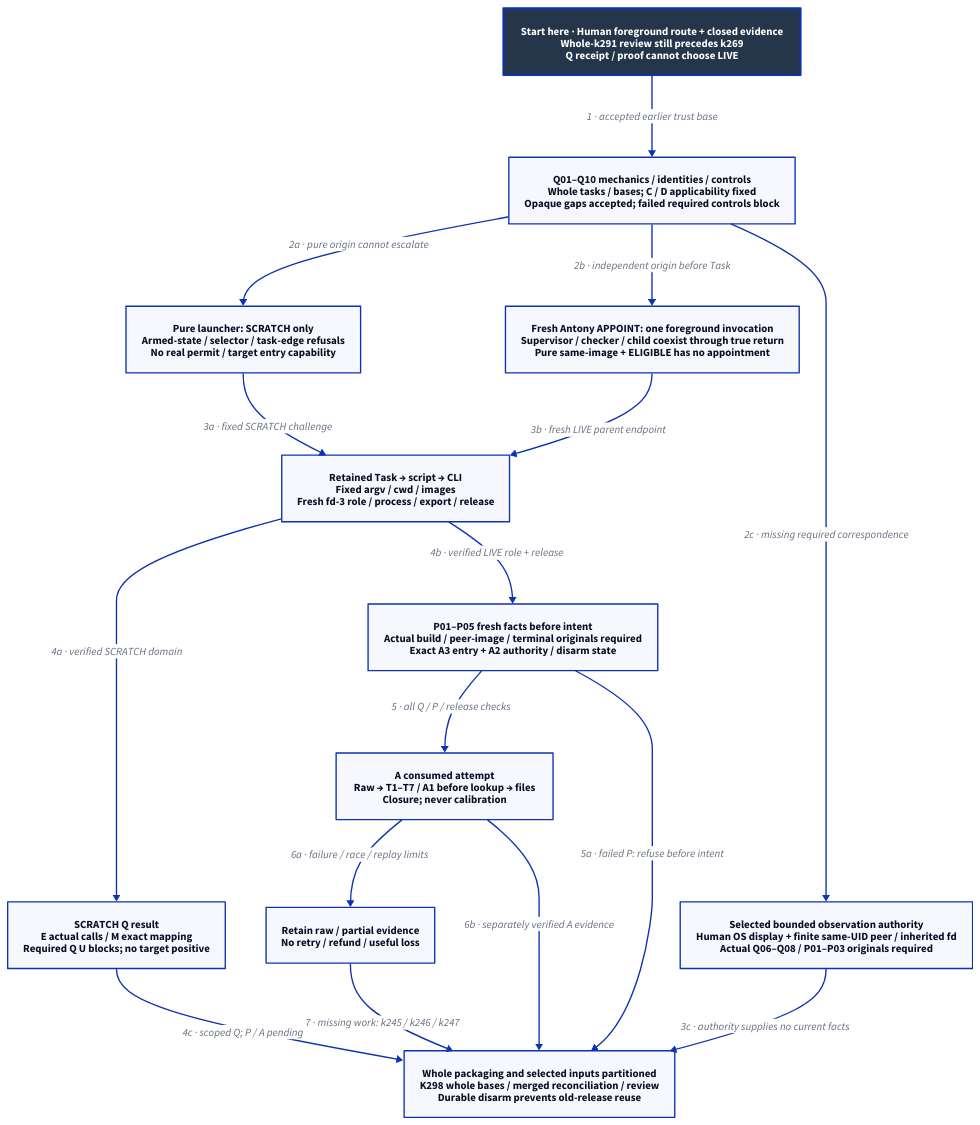
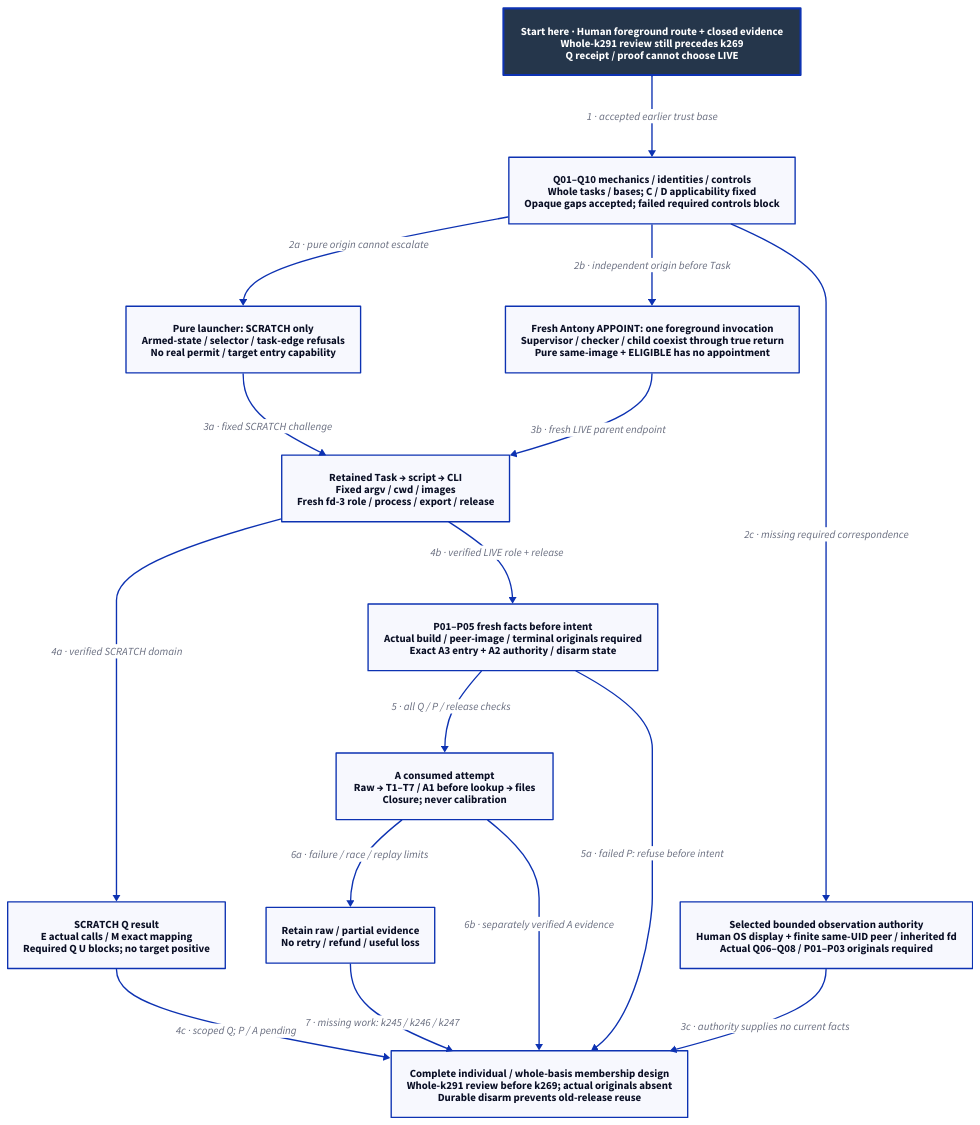
One commit to Linkuistics/Koine changed the diagram in docs/design/architecture/native-reference-packaging.d2. Above: the diagram before and after it, drawn with D2. The commit also changed 21 other files, not shown here.

```diff
--- a/docs/design/architecture/native-reference-packaging.d2
+++ b/docs/design/architecture/native-reference-packaging.d2
@@ -1,31 +1,31 @@
 # Proposed staged credit; no artifact, release or operation is qualified.
 direction: down
 classes: {
   start: {style: {fill: "#25364B"; font-color: "#FFFFFF"; bold: true; stroke-width: 3}}
 }
 Start: "Start here · Human foreground route + closed evidence\nWhole-k291 review still precedes k269\nQ receipt / proof cannot choose LIVE" {class: start}
 Ready: "Q01–Q10 mechanics / identities / controls\nWhole tasks / bases; C / D applicability fixed\nOpaque gaps accepted; failed required controls block"
 Task: "Retained Task → script → CLI\nFixed argv / cwd / images\nFresh fd-3 role / process / export / release"
 Scratch: "Pure launcher: SCRATCH only\nArmed-state / selector / task-edge refusals\nNo real permit / target entry capability"
 Live: "Fresh Antony APPOINT: one foreground invocation\nSupervisor / checker / child coexist through true return\nPure same-image + ELIGIBLE has no appointment"
 Proof: "SCRATCH Q result\nE actual calls / M exact mapping\nRequired Q U blocks; no target positive"
 Preflight: "P01–P05 fresh facts before intent\nActual build / peer-image / terminal originals required\nExact A3 entry + A2 authority / disarm state"
 Attempt: "A consumed attempt\nRaw → T1–T7 / A1 before lookup → files\nClosure; never calibration"
 Failure: "Retain raw / partial evidence\nNo retry / refund / useful loss"
 Route: "Selected bounded observation authority\nHuman OS display + finite same-UID peer / inherited fd\nActual Q06–Q08 / P01–P03 originals required"
-Final: "Whole packaging and selected inputs partitioned\nK298 whole bases / merged reconciliation / review\nDurable disarm prevents old-release reuse"
+Final: "Complete individual / whole-basis membership design\nWhole-k291 review before k269; actual originals absent\nDurable disarm prevents old-release reuse"
 Start -> Ready: "1 · accepted earlier trust base"
 Ready -> Scratch: "2a · pure origin cannot escalate"
 Ready -> Live: "2b · independent origin before Task"
 Scratch -> Task: "3a · fixed SCRATCH challenge"
 Live -> Task: "3b · fresh LIVE parent endpoint"
 Task -> Proof: "4a · verified SCRATCH domain"
 Proof -> Final: "4c · scoped Q; P / A pending"
 Task -> Preflight: "4b · verified LIVE role + release"
 Preflight -> Attempt: "5 · all Q / P / release checks"
 Preflight -> Final: "5a · failed P: refuse before intent"
 Ready -> Route: "2c · missing required correspondence"
 Route -> Final: "3c · authority supplies no current facts"
 Attempt -> Failure: "6a · failure / race / replay limits"
 Attempt -> Final: "6b · separately verified A evidence"
 Failure -> Final: "7 · missing work: k245 / k246 / k247"
```
